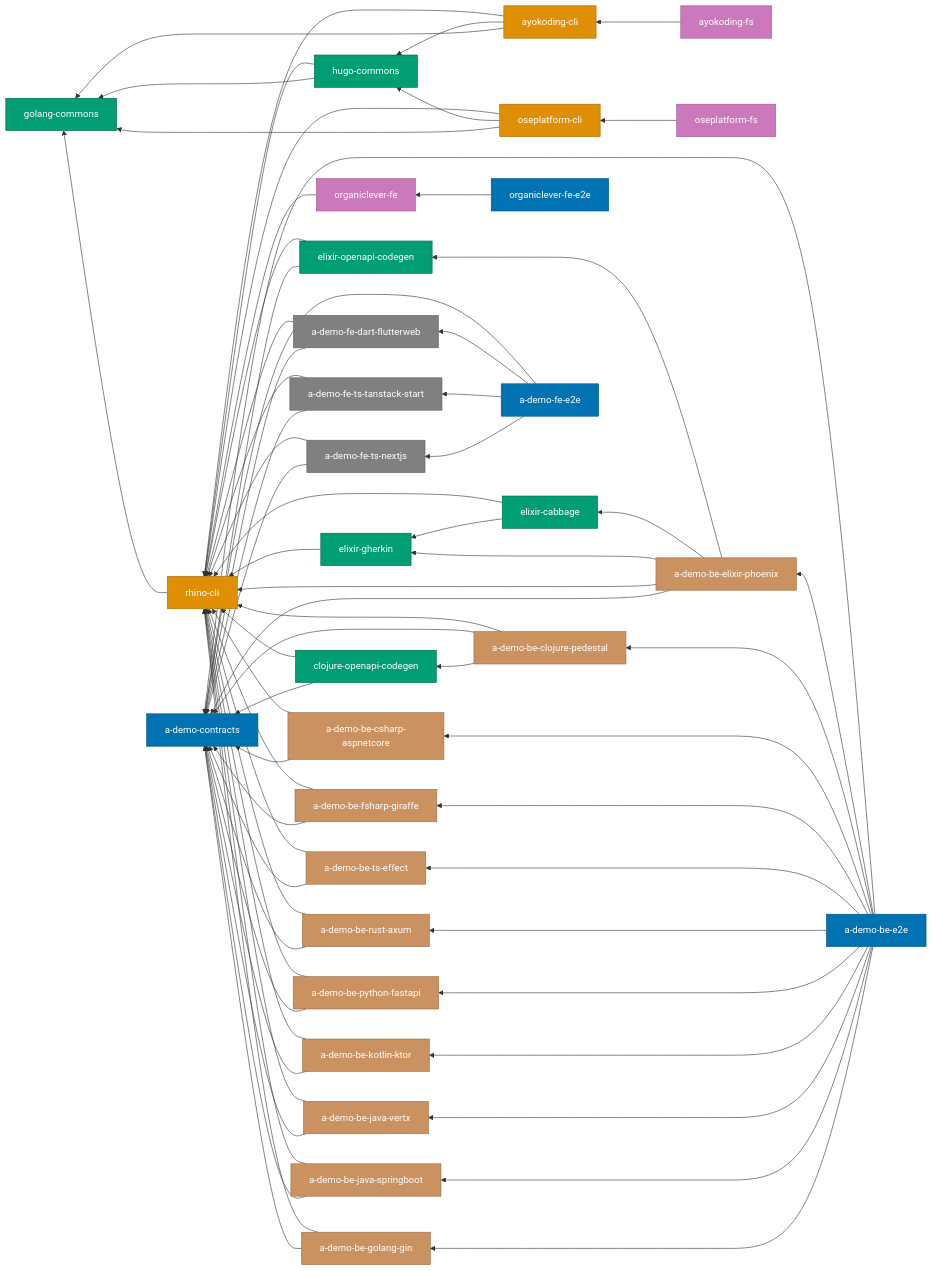
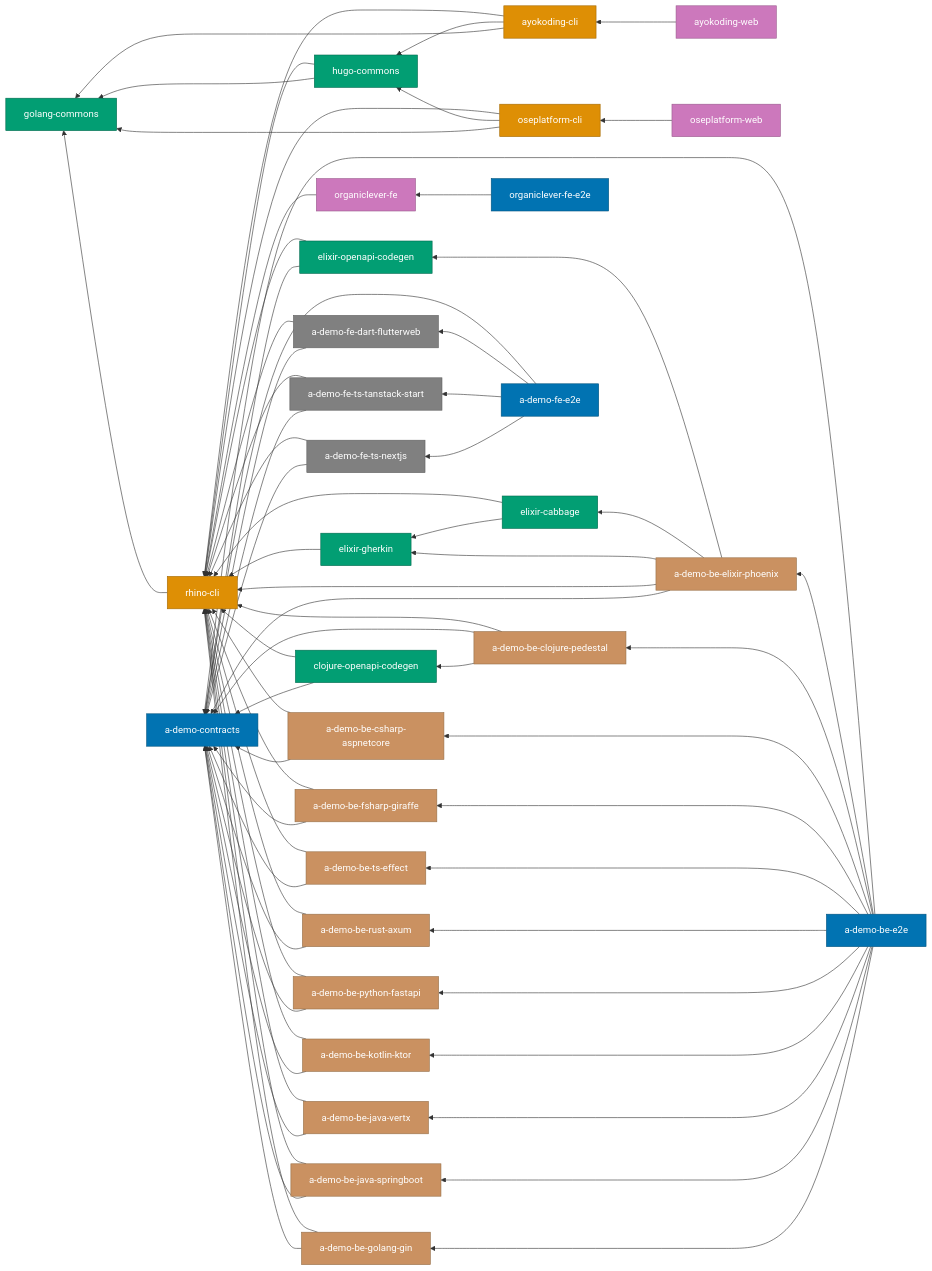
Before and after one commit to wahidyankf/open-sharia-enterprise: the diagram in docs/reference/re__project-dependency-graph.md, drawn with Mermaid. The commit also changed other lines of this file and 1791 other files, not shown here.

First line of the commit message:
refactor(apps): rename ayokoding-fs to ayokoding-web and oseplatform-fs to oseplatform-web

```diff
--- a/docs/reference/re__project-dependency-graph.md
+++ b/docs/reference/re__project-dependency-graph.md
@@ -78,8 +78,8 @@
   OPC[oseplatform-cli]
 
   %% Hugo sites
-  AKW[ayokoding-fs]
-  OPW[oseplatform-fs]
+  AKW[ayokoding-web]
+  OPW[oseplatform-web]
 
   %% OrganicLever
   OLW[organiclever-fe]
```
